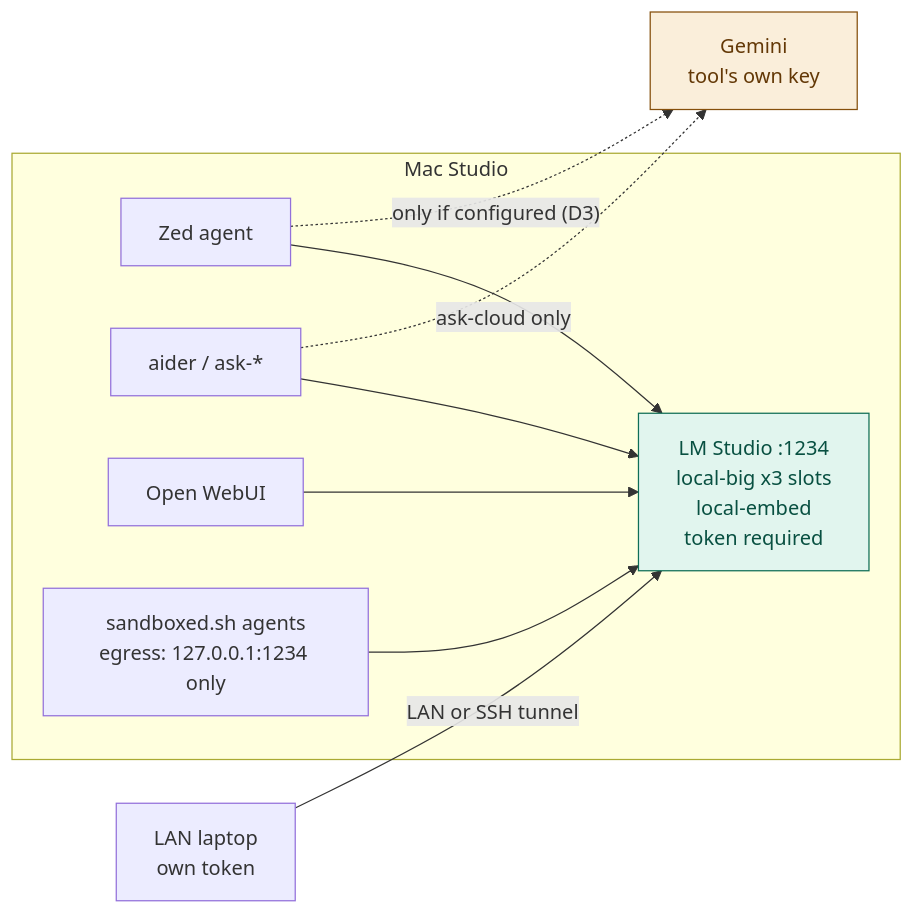
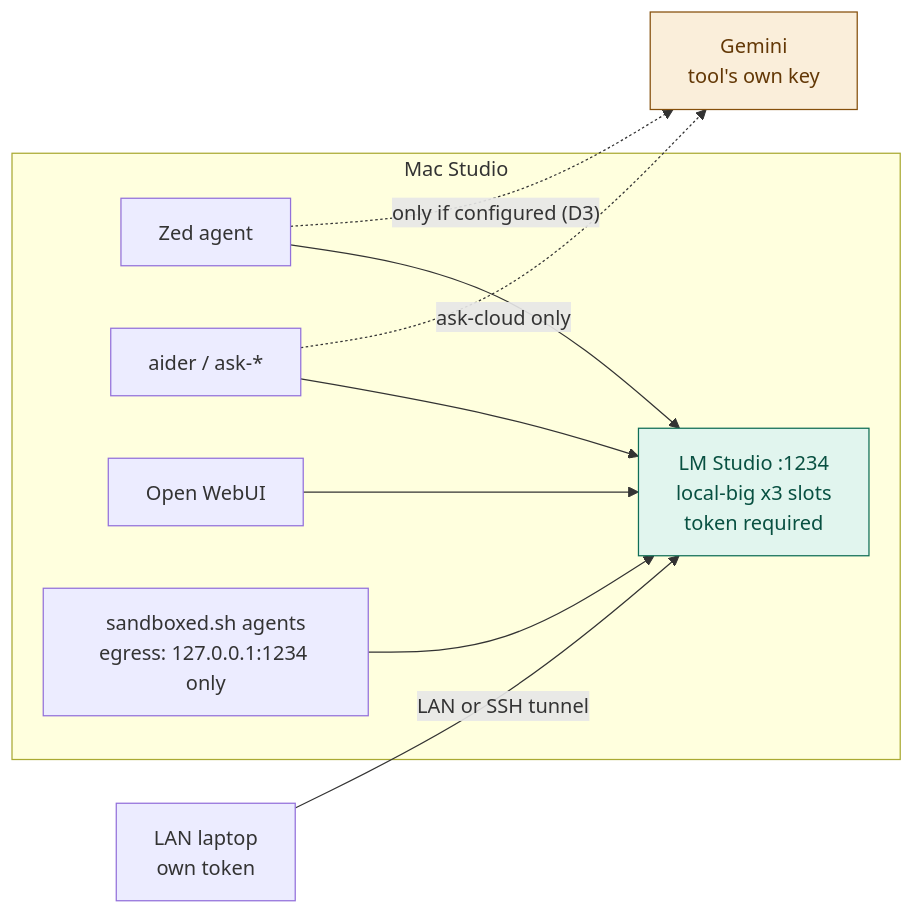
The diagram in docs/decisions/0016-lmstudio-direct.md (ouster/hearth), drawn with Mermaid before and after one commit. The commit also changed other lines of this file and 14 other files, not shown here.

Commit message:
Drop local-embed; nothing called it but the healthcheck.

````diff
--- a/docs/decisions/0016-lmstudio-direct.md
+++ b/docs/decisions/0016-lmstudio-direct.md
@@ -63,25 +63,25 @@
 ```mermaid
 flowchart LR
     subgraph host["Mac Studio"]
         zed["Zed agent"]
         aider["aider / ask-*"]
         webui["Open WebUI"]
         sbx["sandboxed.sh agents<br/>egress: 127.0.0.1:1234 only"]
-        lms["LM Studio :1234<br/>local-big x3 slots<br/>local-embed<br/>token required"]
+        lms["LM Studio :1234<br/>local-big x3 slots<br/>token required"]
     end
     laptop["LAN laptop<br/>own token"]
     cloud["Gemini<br/>tool's own key"]
 
     zed --> lms
     aider --> lms
     webui --> lms
     sbx --> lms
     laptop -->|"LAN or SSH tunnel"| lms
     aider -.->|"ask-cloud only"| cloud
     zed -.->|"only if configured (D3)"| cloud
 
     classDef localCls fill:#E1F5EE,stroke:#0F6E56,color:#085041
     classDef cloudCls fill:#FAEEDA,stroke:#854F0B,color:#633806
     class lms localCls
     class cloud cloudCls
 ```
````
